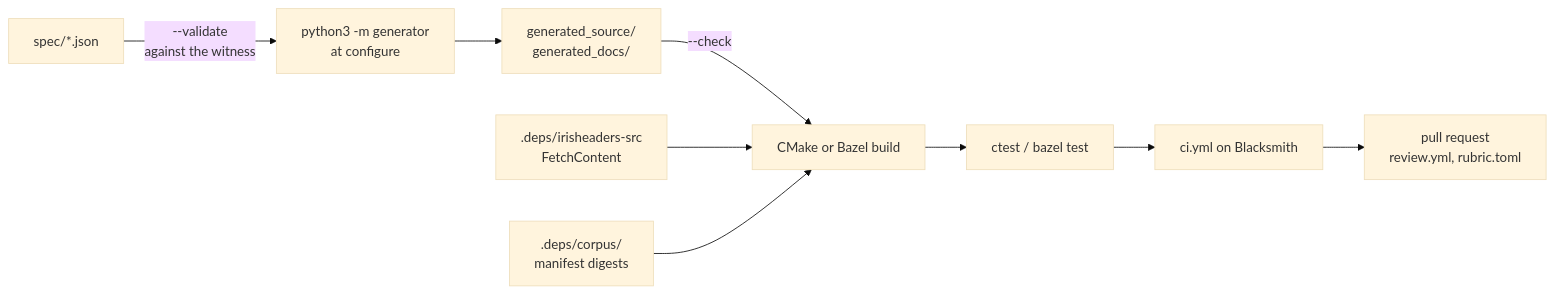
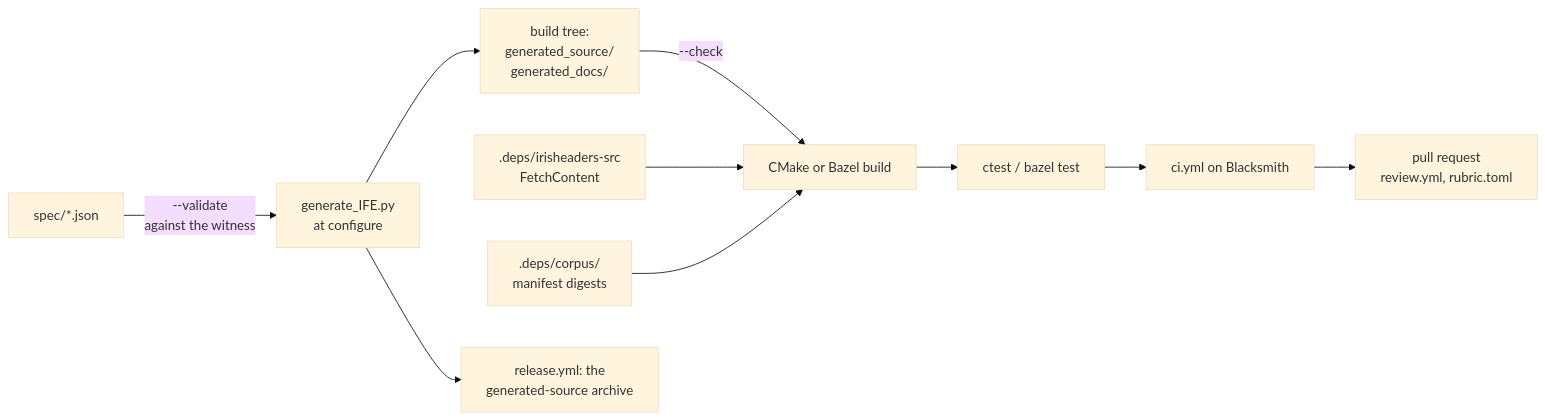
The diagram in development/PIPELINE.md (Aptix-Bio/Iris-File-Extension), drawn with Mermaid (base theme) before and after one commit. The commit also changed other lines of this file and 31 other files, not shown here.

````diff
--- a/development/PIPELINE.md
+++ b/development/PIPELINE.md
@@ -12,11 +12,12 @@
 ```mermaid
 flowchart LR
-    S["spec/*.json"] -->|"--validate<br/>against the witness"| G["python3 -m generator<br/>at configure"]
-    G --> GS["generated_source/<br/>generated_docs/"]
+    S["spec/*.json"] -->|"--validate<br/>against the witness"| G["generate_IFE.py<br/>at configure"]
+    G --> GS["build tree:<br/>generated_source/<br/>generated_docs/"]
     GS -->|"--check"| B["CMake or Bazel build"]
     H[".deps/irisheaders-src<br/>FetchContent"] --> B
     C[".deps/corpus/<br/>manifest digests"] --> B
     B --> T["ctest / bazel test"]
     T --> CI["ci.yml on Blacksmith"]
     CI --> PR["pull request<br/>review.yml, rubric.toml"]
+    G --> RA["release.yml: the<br/>generated-source archive"]
 ```
````
